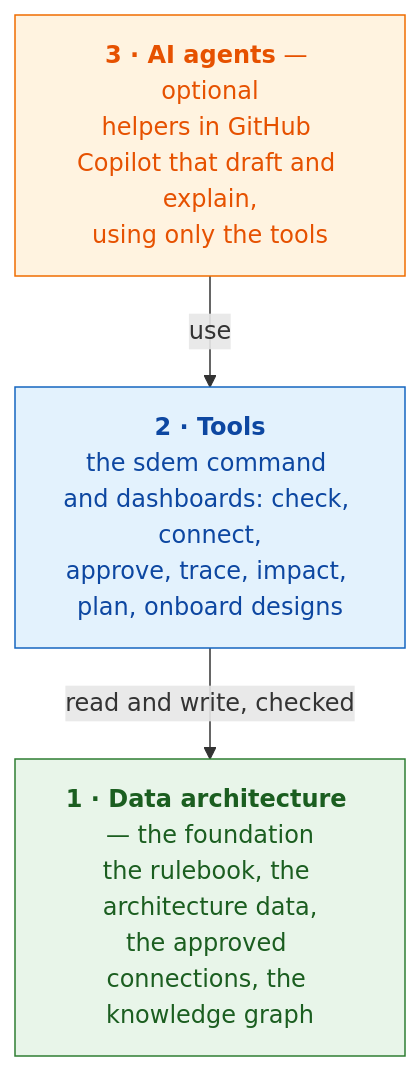
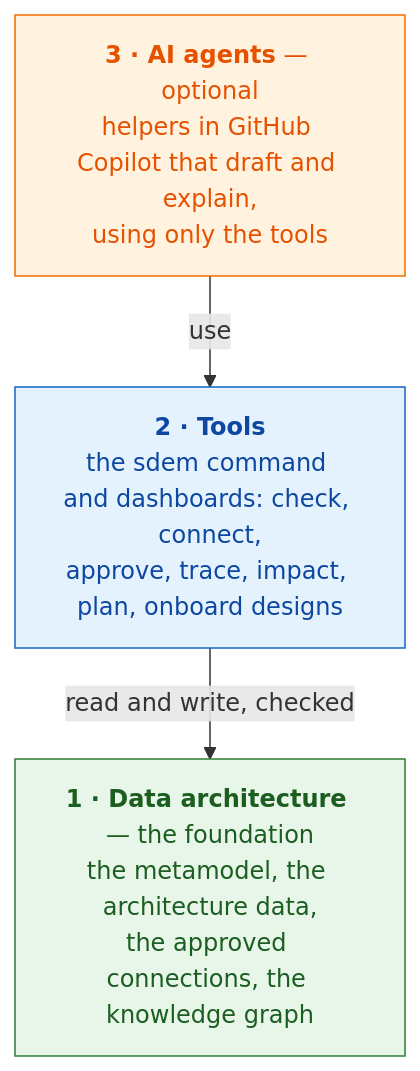
One commit to taumoeps/bian-sdem-framework changed the second of 9 diagrams in README.md. Above: the diagram before and after it, drawn with Mermaid. The commit also changed other lines of this file and 71 other files, not shown here.

Commit message:
One name: metamodel — "rulebook" removed from documents, messages, help and code comments; files renamed (docs/sdem-metamodel-guide.md, docs/design/sdem-metamodel-versioning.md, tests/test_engine_metamodel.py); no data, command or option changes; historical records keep their original words

````diff
--- a/README.md
+++ b/README.md
@@ -42,14 +42,14 @@
 ```mermaid
 flowchart TB
     L3["<b>3 · AI agents</b> — optional<br/>helpers in GitHub Copilot that draft and explain,<br/>using only the tools"]
     L2["<b>2 · Tools</b><br/>the sdem command and dashboards: check, connect,<br/>approve, trace, impact, plan, onboard designs"]
-    L1["<b>1 · Data architecture</b> — the foundation<br/>the rulebook, the architecture data,<br/>the approved connections, the knowledge graph"]
+    L1["<b>1 · Data architecture</b> — the foundation<br/>the metamodel, the architecture data,<br/>the approved connections, the knowledge graph"]
     L3 -->|"use"| L2
     L2 -->|"read and write, checked"| L1
     classDef l1 fill:#E8F5E9,stroke:#2E7D32,color:#1B5E20
     classDef l2 fill:#E3F2FD,stroke:#1565C0,color:#0D47A1
     classDef l3 fill:#FFF3E0,stroke:#EF6C00,color:#E65100
     class L1 l1
     class L2 l2
     class L3 l3
 ```
````
